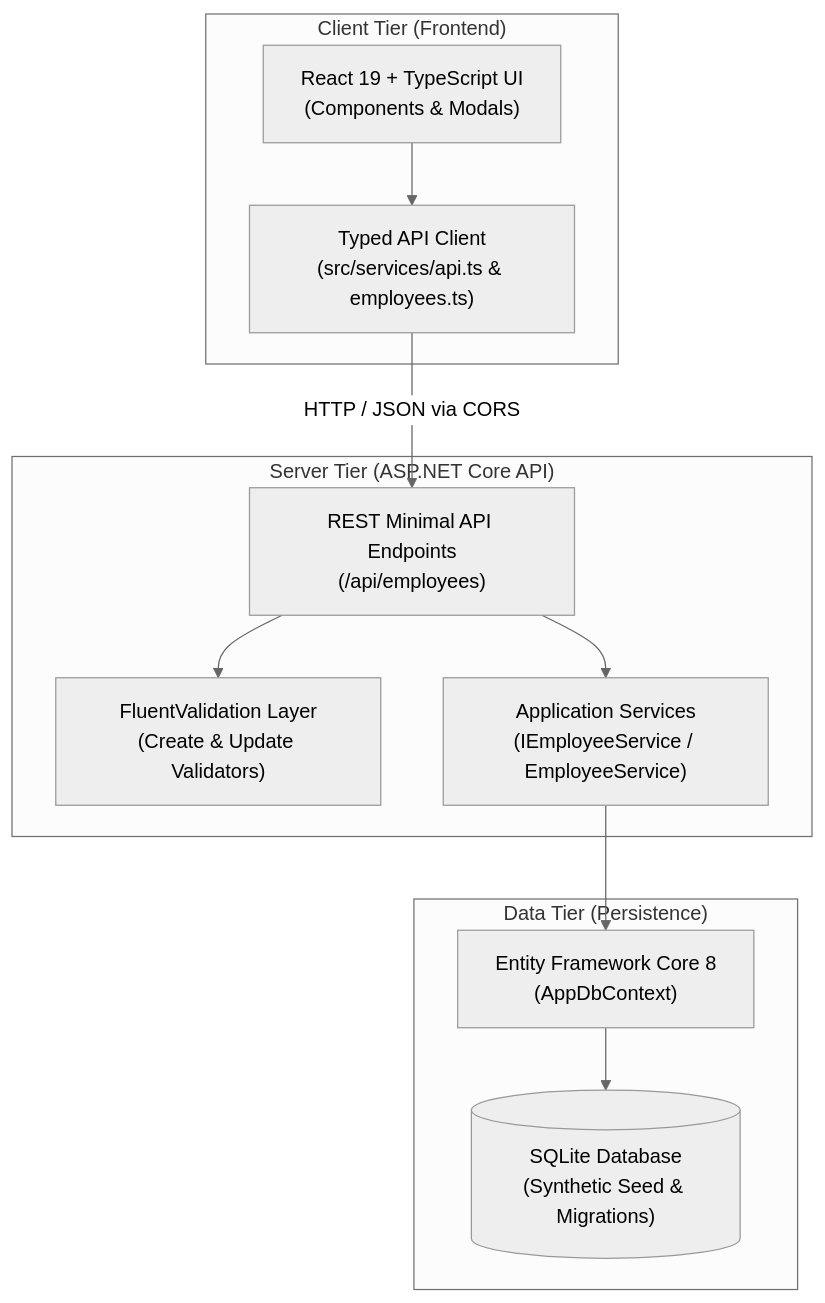
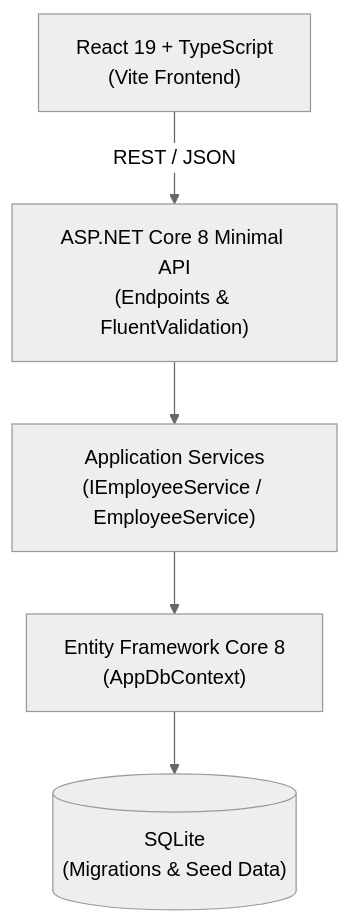
Before and after one commit to led-21/EmployeeManagementPlatform: the diagram in README.md, drawn with Mermaid (neutral theme). The commit also changed other lines of this file and 5 other files, not shown here.

````diff
--- a/README.md
+++ b/README.md
@@ -43,27 +49,13 @@
 ```mermaid
 flowchart TD
-    subgraph Client ["Client Tier (Frontend)"]
-        UI["React 19 + TypeScript UI\n(Components & Modals)"]
-        APIClient["Typed API Client\n(src/services/api.ts & employees.ts)"]
-        UI --> APIClient
-    end
+    UI["React 19 + TypeScript\n(Vite Frontend)"]
+    API["ASP.NET Core 8 Minimal API\n(Endpoints & FluentValidation)"]
+    SVC["Application Services\n(IEmployeeService / EmployeeService)"]
+    EF["Entity Framework Core 8\n(AppDbContext)"]
+    DB[("SQLite\n(Migrations & Seed Data)")]
 
-    subgraph Server ["Server Tier (ASP.NET Core API)"]
-        Endpoints["REST Minimal API Endpoints\n(/api/employees)"]
-        Validator["FluentValidation Layer\n(Create & Update Validators)"]
-        ServiceLayer["Application Services\n(IEmployeeService / EmployeeService)"]
-        
-        Endpoints --> Validator
-        Endpoints --> ServiceLayer
-    end
-
-    subgraph DataTier ["Data Tier (Persistence)"]
-        EF["Entity Framework Core 8\n(AppDbContext)"]
-        SQLite[("SQLite Database\n(Synthetic Seed & Migrations)")]
-        
-        ServiceLayer --> EF
-        EF --> SQLite
-    end
-
-    APIClient -->|HTTP / JSON via CORS| Endpoints
+    UI -->|"REST / JSON"| API
+    API --> SVC
+    SVC --> EF
+    EF --> DB
 ```
````
